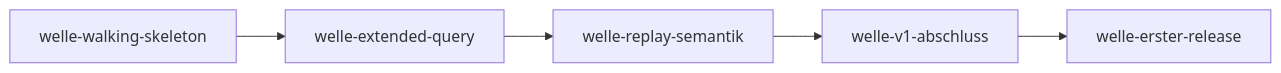
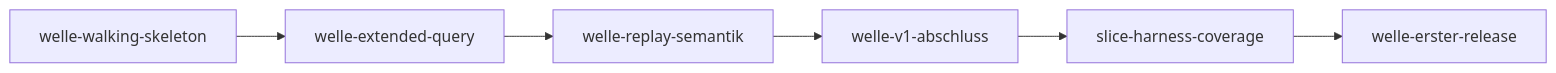
The diagram in docs/plan/planning/in-progress/roadmap.md (pt9912/pgwire-recorder), drawn with Mermaid before and after one commit. The commit also changed other lines of this file and 20 other files, not shown here.

````diff
--- a/docs/plan/planning/in-progress/roadmap.md
+++ b/docs/plan/planning/in-progress/roadmap.md
@@ -57,13 +57,14 @@
 ```mermaid
 flowchart LR
     W1[welle-walking-skeleton]
     W2[welle-extended-query]
     W3[welle-replay-semantik]
     W4[welle-v1-abschluss]
     W5[welle-erster-release]
 
     W1 --> W2
     W2 --> W3
     W3 --> W4
-    W4 --> W5
+    W4 --> C[slice-harness-coverage]
+    C --> W5
 ```
````
